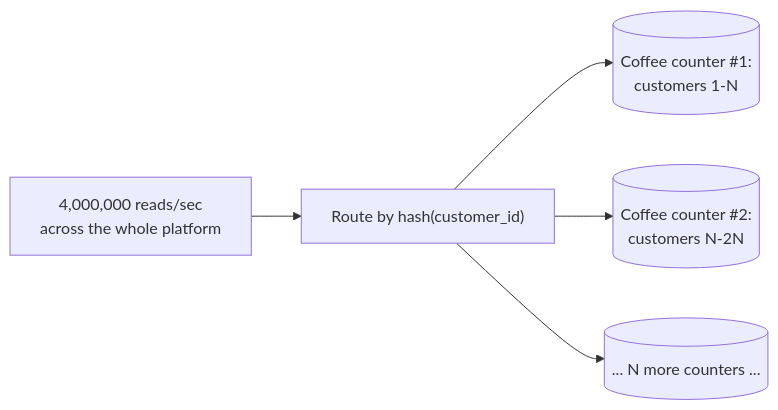
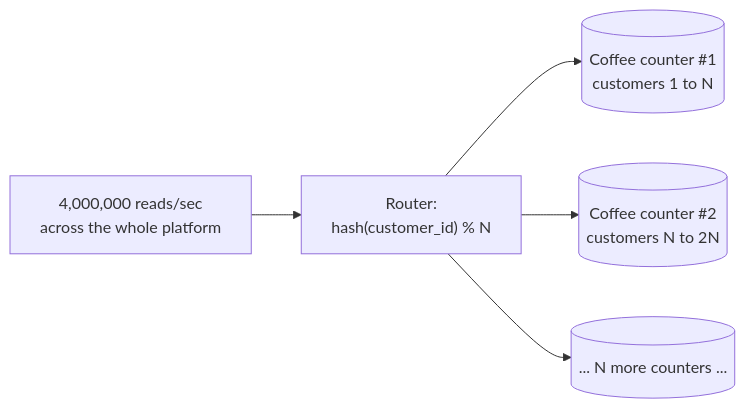
The ninth of 11 diagrams in system-design/HLD/0-course/65-Design-a-Feature-Store-for-ML-FAANG-Guide-story.md (riyaz-pasha/Learnings), drawn with Mermaid before and after one commit. The commit also changed other lines of this file and 1 other file, not shown here.

Commit message:
[REWRITE] Feature Store for ML story guide: simplify prose, add structure, fix diagrams

````diff
--- a/system-design/HLD/0-course/65-Design-a-Feature-Store-for-ML-FAANG-Guide-story.md
+++ b/system-design/HLD/0-course/65-Design-a-Feature-Store-for-ML-FAANG-Guide-story.md
@@ -219,7 +463,7 @@
 ```mermaid
 flowchart LR
-    Req["4,000,000 reads/sec\nacross the whole platform"] --> Router["Route by hash(customer_id)"]
-    Router --> N1[("Coffee counter #1:\ncustomers 1-N")]
-    Router --> N2[("Coffee counter #2:\ncustomers N-2N")]
+    Req["4,000,000 reads/sec<br/>across the whole platform"] --> Router["Router:<br/>hash(customer_id) % N"]
+    Router --> N1[("Coffee counter #1<br/>customers 1 to N")]
+    Router --> N2[("Coffee counter #2<br/>customers N to 2N")]
     Router --> N3[("... N more counters ...")]
 ```
````
